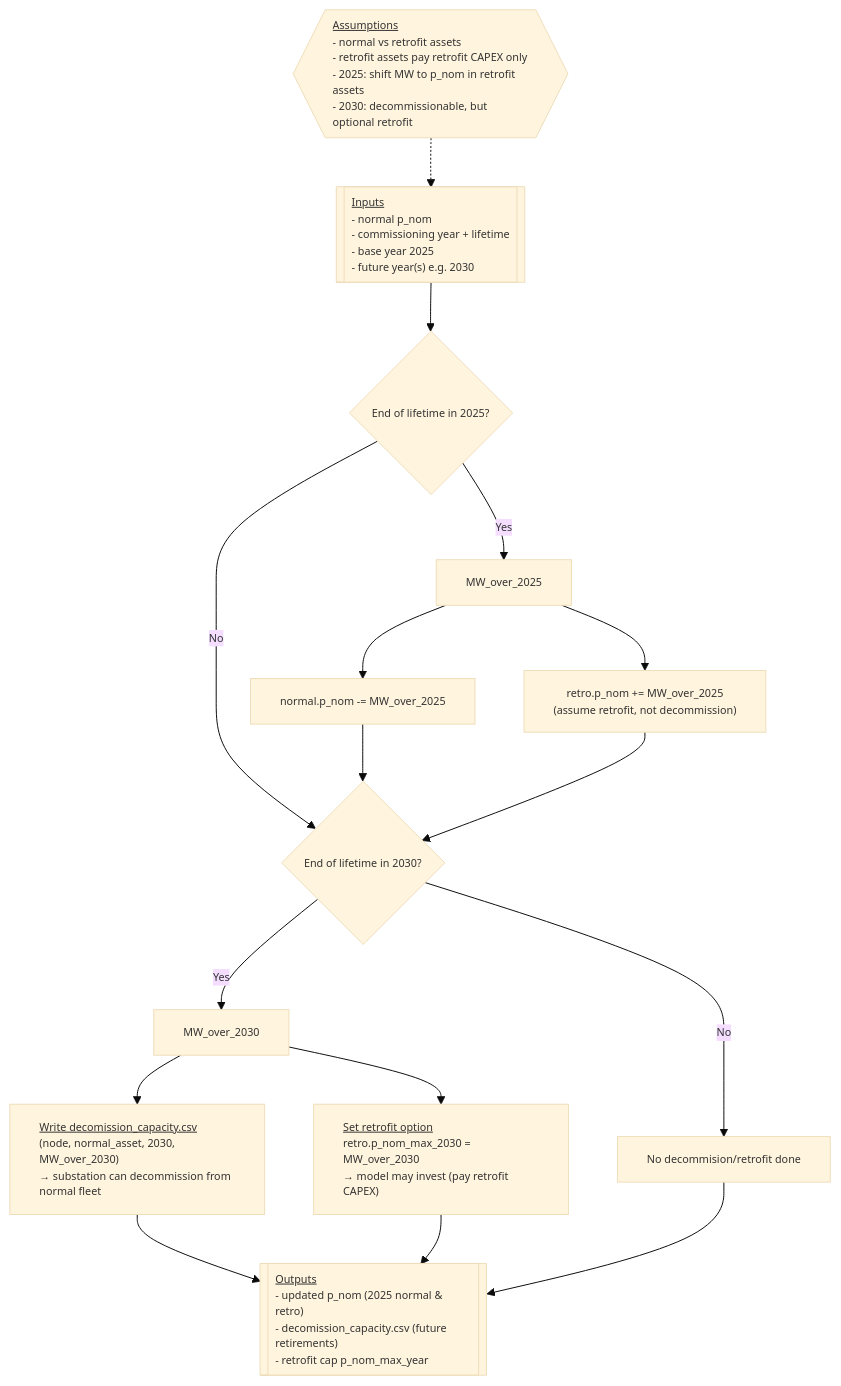
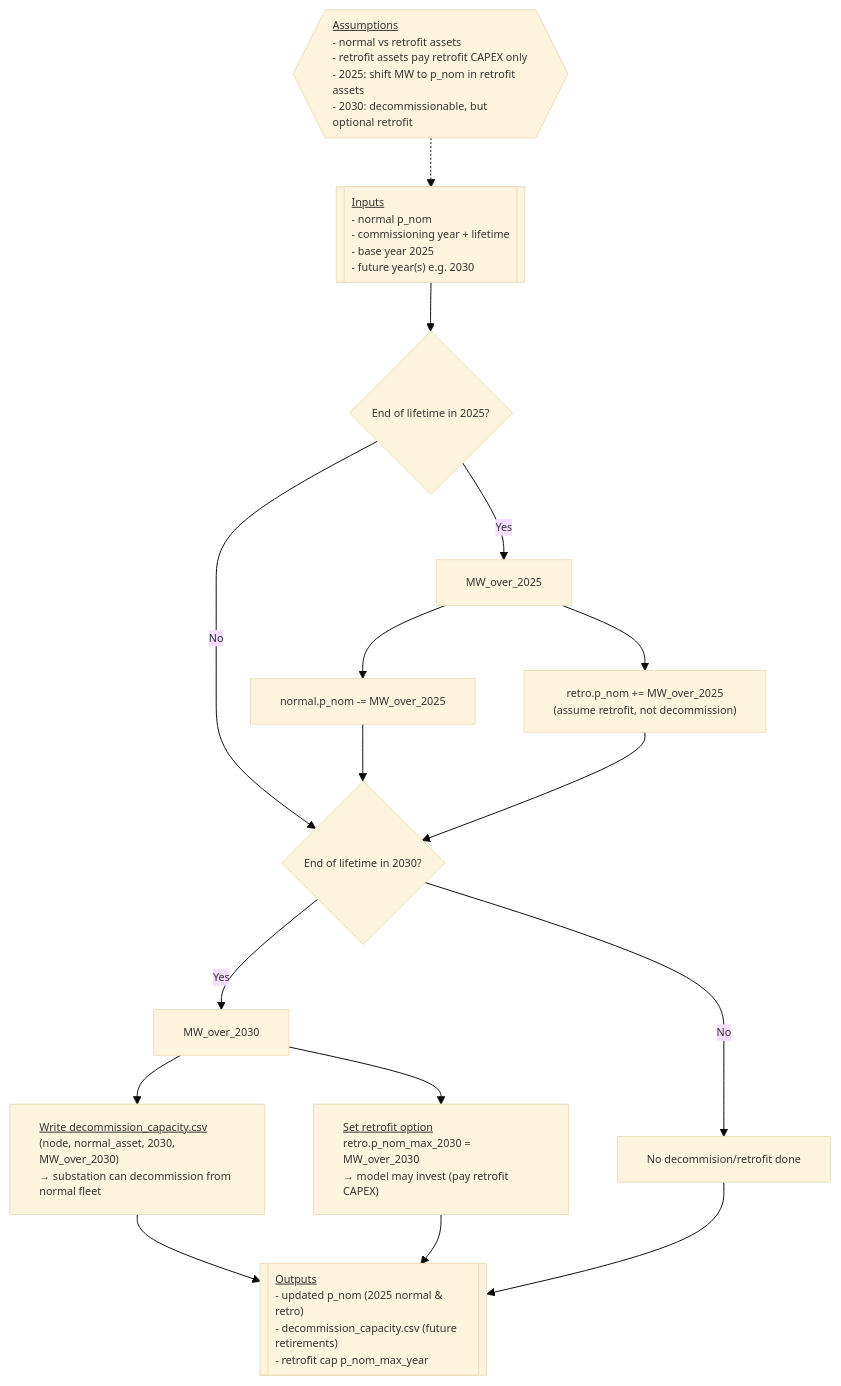
The diagram in docs/getting-started/input-data/advanced-settings/decommissioning-and-retrofit-logic.md (agoenergy/pypsa-spice), drawn with Mermaid before and after one commit. The commit also changed other lines of this file and 5 other files, not shown here.

Commit message:
correct typo from decomission into decommission

````diff
--- a/docs/getting-started/input-data/advanced-settings/decommissioning-and-retrofit-logic.md
+++ b/docs/getting-started/input-data/advanced-settings/decommissioning-and-retrofit-logic.md
@@ -17,43 +17,43 @@
 ```mermaid
 %%{init: {"theme":"base","themeVariables":{"fontSize":"11px", "htmlLabels": true}}}%%
 flowchart TB
 A[["<div style='text-align:left; margin:0'><u>Inputs</u>
 - normal p_nom
 - commissioning year + lifetime
 - base year 2025
 - future year(s) e.g. 2030</div>"]] --> B{"End of lifetime in 2025?"}
 
 B -- Yes --> C["MW_over_2025"]
 C --> D["normal.p_nom -= MW_over_2025"]
 C --> E["retro.p_nom  += MW_over_2025
 (assume retrofit, not decommission)"]
 
 B -- No --> F{"End of lifetime in 2030?"}
 D --> F
 E --> F
 
 F -- Yes --> G["MW_over_2030"]
-G --> H["<div style='text-align:left; margin:0'><u>Write decomission_capacity.csv</u>
+G --> H["<div style='text-align:left; margin:0'><u>Write decommission_capacity.csv</u>
 (node, normal_asset, 2030, MW_over_2030)
 → substation can decommission from normal fleet</div>"]
 G --> I["<div style='text-align:left; margin:0'><u>Set retrofit option</u>
 retro.p_nom_max_2030 = MW_over_2030
 → model may invest (pay retrofit CAPEX)</div>"]
 
 F -- No --> J["No decommision/retrofit done"]
 
 H --> K[["<div style='text-align:left; margin:0'><u>Outputs</u>
 - updated p_nom (2025 normal & retro)
-- decomission_capacity.csv (future retirements)
+- decommission_capacity.csv (future retirements)
 - retrofit cap p_nom_max_year</div>"]]
 
 I --> K
 J --> K
 
 N{{"<div style='text-align:left; margin:0'><u>Assumptions</u>
 - normal vs retrofit assets
 - retrofit assets pay retrofit CAPEX only
 - 2025: shift MW to p_nom in retrofit assets
 - 2030: decommissionable, but optional retrofit</div>"}} -.-> A
 
 ```
````
